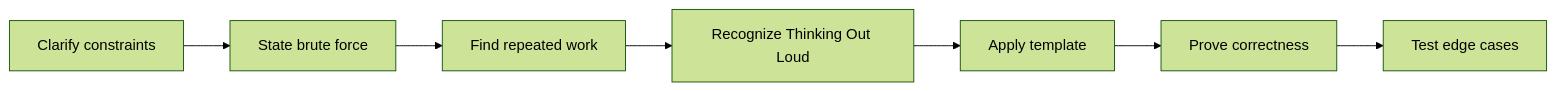
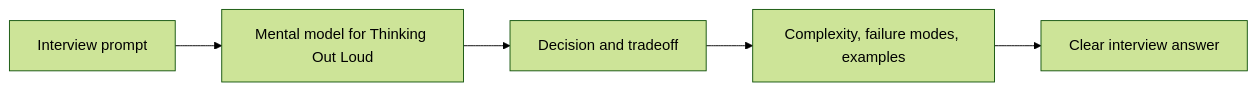
The second of 2 diagrams in coding-round/strategy/thinking-out-loud/index.md (abstractinterviews/abstractinterviews.github.io), drawn with Mermaid (forest theme) before and after one commit. The commit also changed other lines of this file and 278 other files, not shown here.

````diff
--- a/coding-round/strategy/thinking-out-loud/index.md
+++ b/coding-round/strategy/thinking-out-loud/index.md
@@ -123,9 +121,7 @@
-~~~mermaid
+```mermaid
 flowchart LR
-    A["Clarify constraints"] --> B["State brute force"]
-    B --> C["Find repeated work"]
-    C --> D["Recognize Thinking Out Loud"]
-    D --> E["Apply template"]
-    E --> F["Prove correctness"]
-    F --> G["Test edge cases"]
-~~~
+    Problem["Interview prompt"] --> Model["Mental model for Thinking Out Loud"]
+    Model --> Choice["Decision and tradeoff"]
+    Choice --> Evidence["Complexity, failure modes, examples"]
+    Evidence --> Answer["Clear interview answer"]
+```
````
